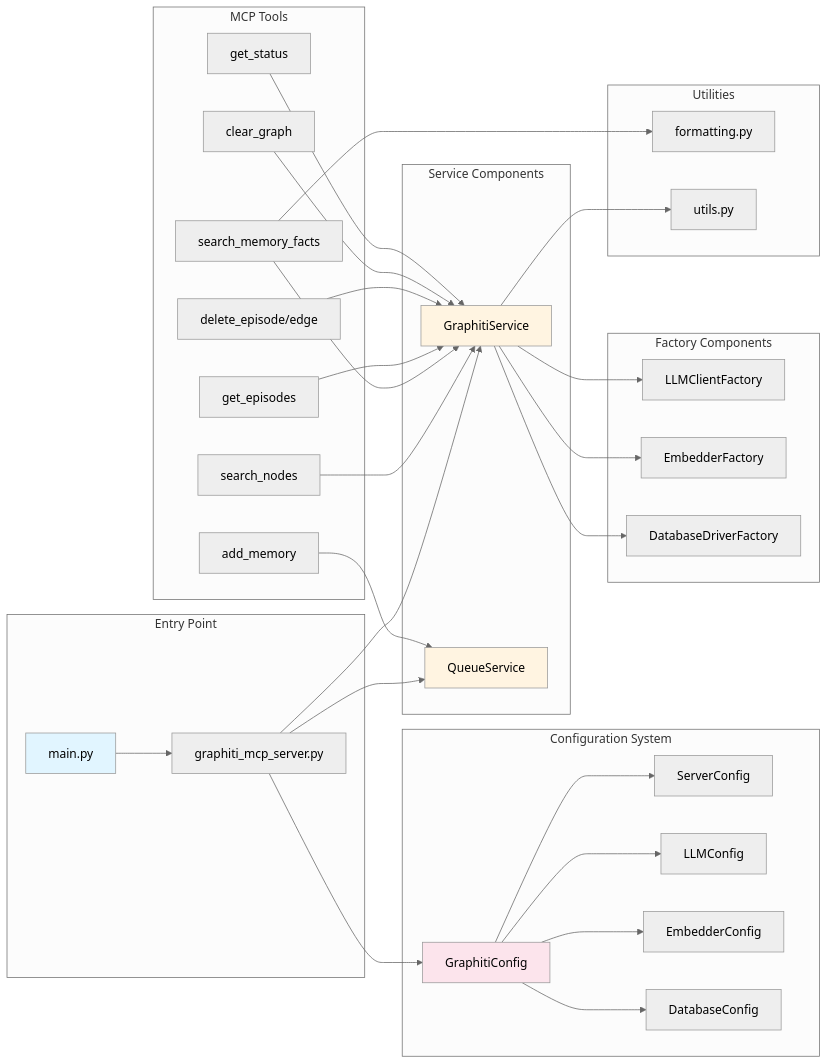
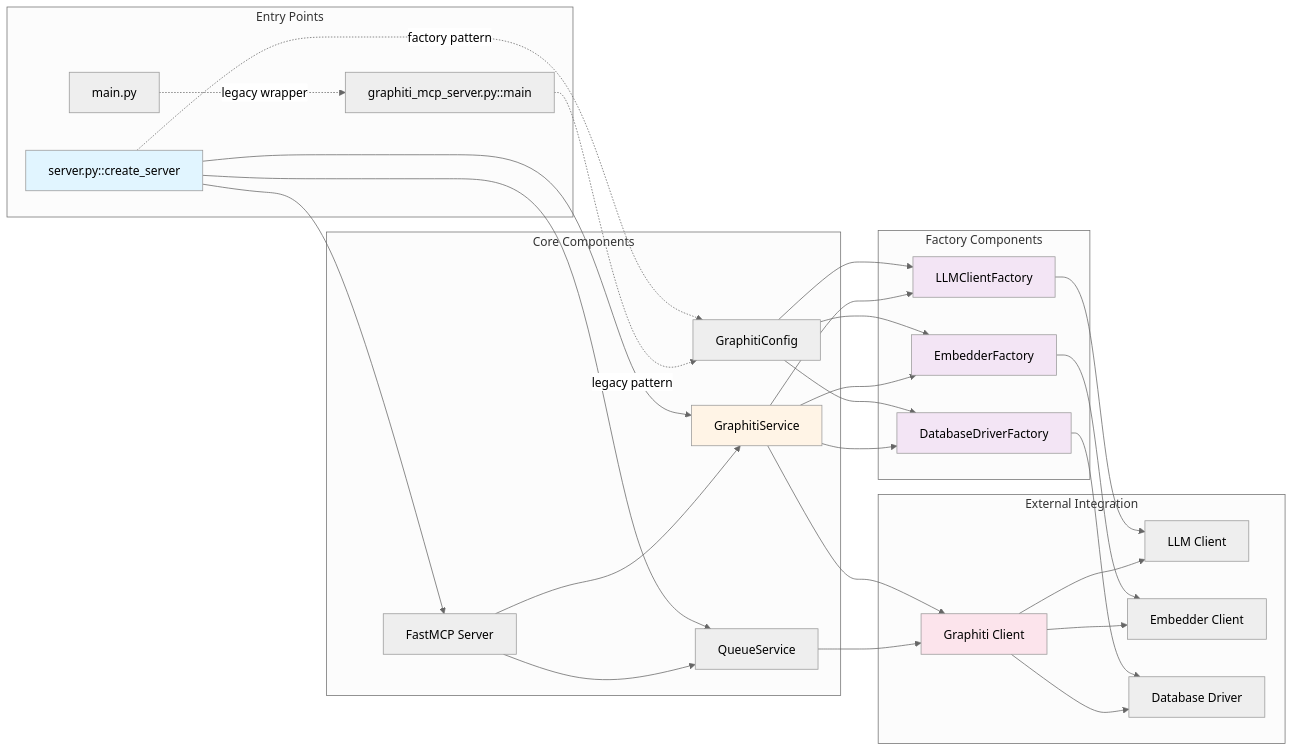
One commit to donbr/graphiti-fastmcp changed the second of 6 diagrams in architecture/diagrams/02_architecture_diagrams.md. Above: the diagram before and after it, drawn with Mermaid (neutral theme). The commit also changed other lines of this file and 43 other files, not shown here.

````diff
--- a/architecture/diagrams/02_architecture_diagrams.md
+++ b/architecture/diagrams/02_architecture_diagrams.md
@@ -127,71 +152,64 @@
 ```mermaid
-flowchart LR
-    subgraph "Entry Point"
-        MAIN[main.py]
-        SERVER[graphiti_mcp_server.py]
+graph LR
+    subgraph "Entry Points"
+        E1[main.py]
+        E2[server.py::create_server]
+        E3[graphiti_mcp_server.py::main]
     end
 
-    subgraph "Configuration System"
-        CONFIG[GraphitiConfig]
-        SCONFIG[ServerConfig]
-        LCONFIG[LLMConfig]
-        ECONFIG[EmbedderConfig]
-        DBCONFIG[DatabaseConfig]
-    end
-
-    subgraph "Service Components"
-        GRAPHITI_SVC[GraphitiService]
-        QUEUE_SVC[QueueService]
+    subgraph "Core Components"
+        C1[GraphitiConfig]
+        C2[GraphitiService]
+        C3[QueueService]
+        C4[FastMCP Server]
     end
 
     subgraph "Factory Components"
-        LLM_FACTORY[LLMClientFactory]
-        EMB_FACTORY[EmbedderFactory]
-        DB_FACTORY[DatabaseDriverFactory]
+        F1[LLMClientFactory]
+        F2[EmbedderFactory]
+        F3[DatabaseDriverFactory]
     end
 
-    subgraph "MCP Tools"
-        ADD_MEM[add_memory]
-        SEARCH_NODES[search_nodes]
-        SEARCH_FACTS[search_memory_facts]
-        GET_EPISODES[get_episodes]
-        DELETE[delete_episode/edge]
-        CLEAR[clear_graph]
-        STATUS[get_status]
+    subgraph "External Integration"
+        I1[Graphiti Client]
+        I2[LLM Client]
+        I3[Embedder Client]
+        I4[Database Driver]
     end
 
-    subgraph "Utilities"
-        FORMAT[formatting.py]
-        UTILS[utils.py]
-    end
+    E1 -.legacy wrapper.-> E3
+    E2 -.factory pattern.-> C1
+    E3 -.legacy pattern.-> C1
 
-    MAIN --> SERVER
-    SERVER --> CONFIG
-    CONFIG --> SCONFIG
-    CONFIG --> LCONFIG
-    CONFIG --> ECONFIG
-    CONFIG --> DBCONFIG
+    E2 --> C2
+    E2 --> C3
+    E2 --> C4
 
-    SERVER --> GRAPHITI_SVC
-    SERVER --> QUEUE_SVC
+    C1 --> F1
+    C1 --> F2
+    C1 --> F3
 
-    GRAPHITI_SVC --> LLM_FACTORY
-    GRAPHITI_SVC --> EMB_FACTORY
-    GRAPHITI_SVC --> DB_FACTORY
+    C2 --> F1
+    C2 --> F2
+    C2 --> F3
 
-    ADD_MEM --> QUEUE_SVC
-    SEARCH_NODES --> GRAPHITI_SVC
-    SEARCH_FACTS --> GRAPHITI_SVC
-    GET_EPISODES --> GRAPHITI_SVC
-    DELETE --> GRAPHITI_SVC
-    CLEAR --> GRAPHITI_SVC
-    STATUS --> GRAPHITI_SVC
+    F1 --> I2
+    F2 --> I3
+    F3 --> I4
 
-    SEARCH_FACTS --> FORMAT
-    GRAPHITI_SVC --> UTILS
+    C2 --> I1
+    I1 --> I2
+    I1 --> I3
+    I1 --> I4
 
-    style MAIN fill:#e1f5ff
-    style CONFIG fill:#fce4ec
-    style GRAPHITI_SVC fill:#fff4e1
-    style QUEUE_SVC fill:#fff4e1
+    C3 --> I1
+    C4 --> C2
+    C4 --> C3
+
+    style E2 fill:#e1f5ff
+    style C2 fill:#fff4e6
+    style F1 fill:#f3e5f5
+    style F2 fill:#f3e5f5
+    style F3 fill:#f3e5f5
+    style I1 fill:#fce4ec
 ```
````
